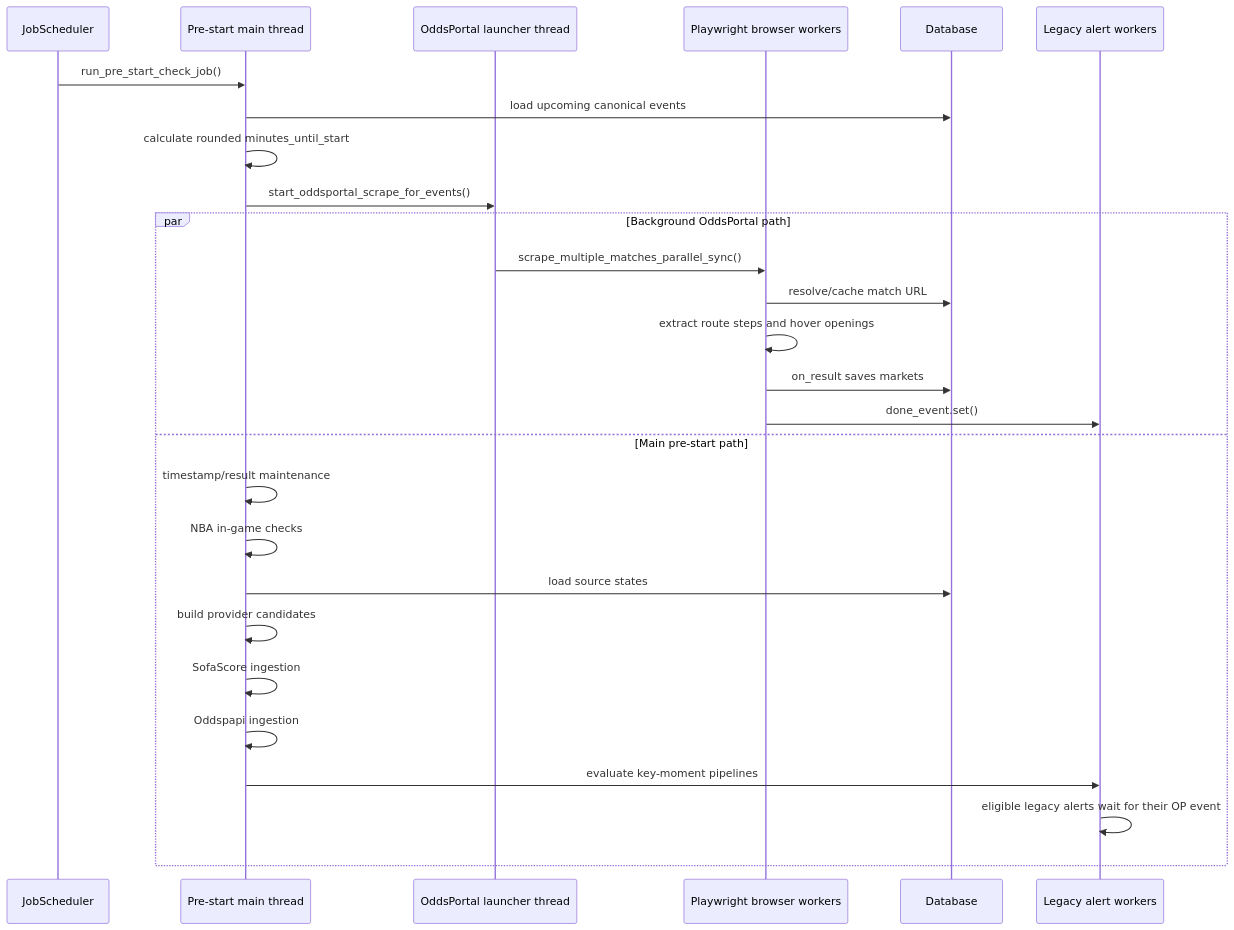
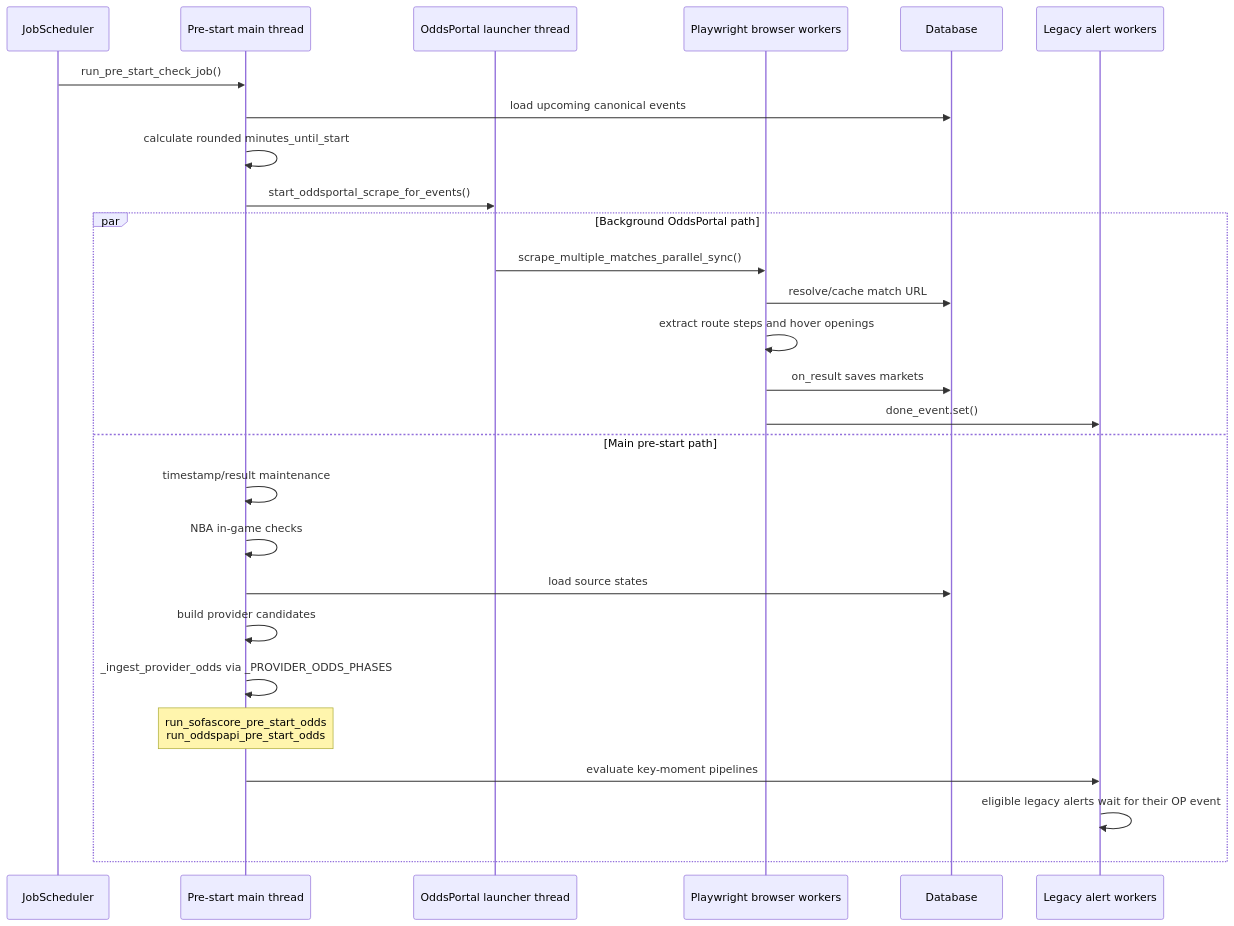
One commit to GadielRP/scraping_with_api changed the diagram in oddsportal_scraping.md. Above: the diagram before and after it, drawn with Mermaid. The commit also changed other lines of this file and 3 other files, not shown here.

````diff
--- a/oddsportal_scraping.md
+++ b/oddsportal_scraping.md
@@ -110,30 +112,30 @@
 ```mermaid
 sequenceDiagram
     participant JS as JobScheduler
     participant PS as Pre-start main thread
     participant OP as OddsPortal launcher thread
     participant BR as Playwright browser workers
     participant DB as Database
     participant AL as Legacy alert workers
 
     JS->>PS: run_pre_start_check_job()
     PS->>DB: load upcoming canonical events
     PS->>PS: calculate rounded minutes_until_start
     PS->>OP: start_oddsportal_scrape_for_events()
     par Background OddsPortal path
         OP->>BR: scrape_multiple_matches_parallel_sync()
         BR->>DB: resolve/cache match URL
         BR->>BR: extract route steps and hover openings
         BR->>DB: on_result saves markets
         BR->>AL: done_event.set()
     and Main pre-start path
         PS->>PS: timestamp/result maintenance
         PS->>PS: NBA in-game checks
         PS->>DB: load source states
         PS->>PS: build provider candidates
-        PS->>PS: SofaScore ingestion
-        PS->>PS: Oddspapi ingestion
+        PS->>PS: _ingest_provider_odds via _PROVIDER_ODDS_PHASES
+        Note over PS: run_sofascore_pre_start_odds<br/>run_oddspapi_pre_start_odds
         PS->>AL: evaluate key-moment pipelines
         AL->>AL: eligible legacy alerts wait for their OP event
     end
 ```
````
